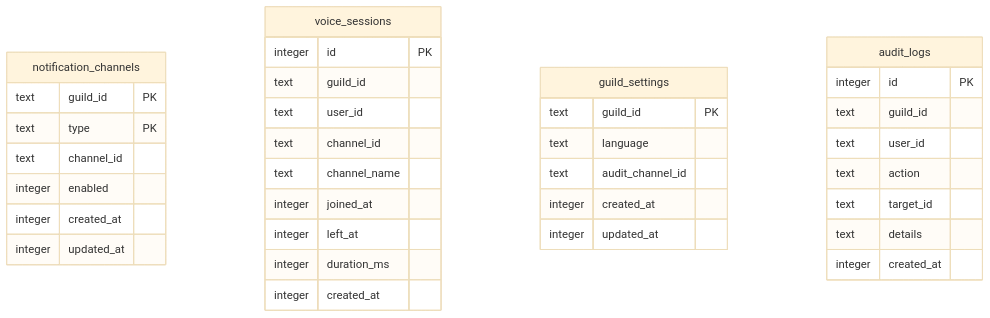
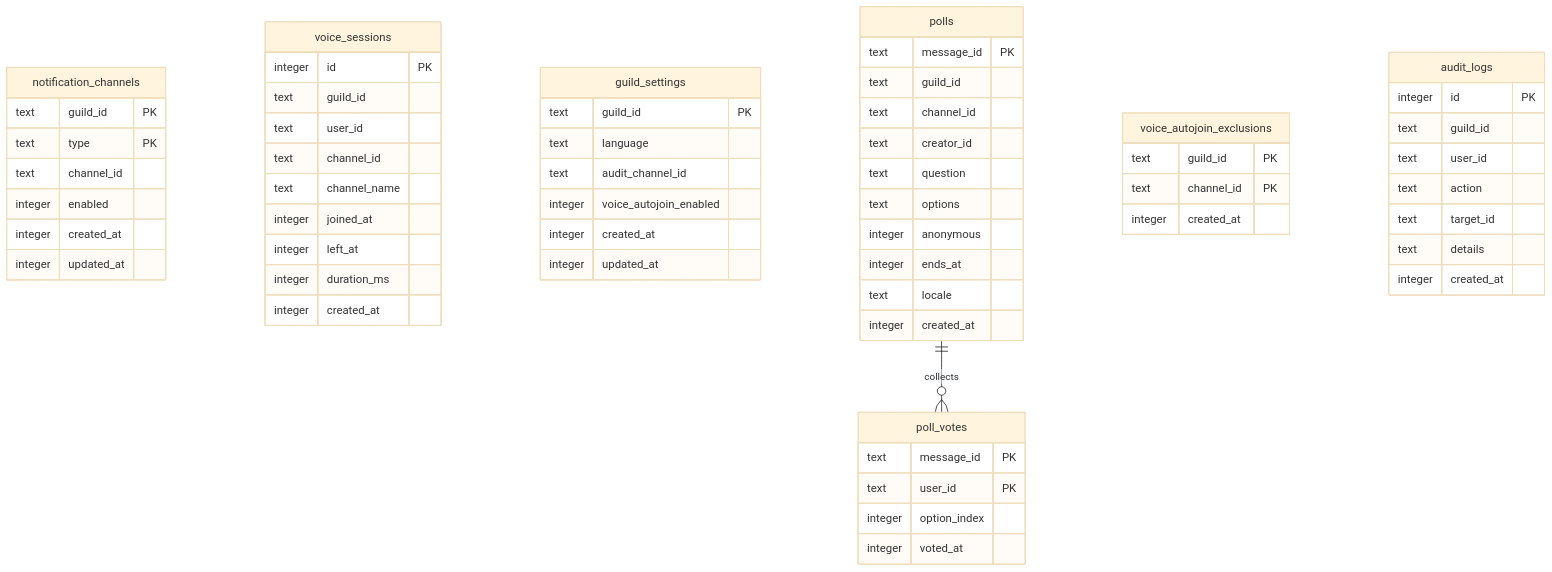
One commit to iam74k4/DiscordBot changed the diagram in docs/database.md. Above: the diagram before and after it, drawn with Mermaid (base theme). The commit also changed other lines of this file and 82 other files, not shown here.

````diff
--- a/docs/database.md
+++ b/docs/database.md
@@ -169,41 +236,70 @@
 ```mermaid
 erDiagram
     notification_channels {
         text guild_id PK
         text type PK
         text channel_id
         integer enabled
         integer created_at
         integer updated_at
     }
 
     voice_sessions {
         integer id PK
         text guild_id
         text user_id
         text channel_id
         text channel_name
         integer joined_at
         integer left_at
         integer duration_ms
         integer created_at
     }
 
     guild_settings {
         text guild_id PK
         text language
         text audit_channel_id
+        integer voice_autojoin_enabled
         integer created_at
         integer updated_at
     }
+
+    polls {
+        text message_id PK
+        text guild_id
+        text channel_id
+        text creator_id
+        text question
+        text options
+        integer anonymous
+        integer ends_at
+        text locale
+        integer created_at
+    }
+
+    poll_votes {
+        text message_id PK
+        text user_id PK
+        integer option_index
+        integer voted_at
+    }
+
+    voice_autojoin_exclusions {
+        text guild_id PK
+        text channel_id PK
+        integer created_at
+    }
+
+    polls ||--o{ poll_votes : "collects"
 
     audit_logs {
         integer id PK
         text guild_id
         text user_id
         text action
         text target_id
         text details
         integer created_at
     }
 ```
````
